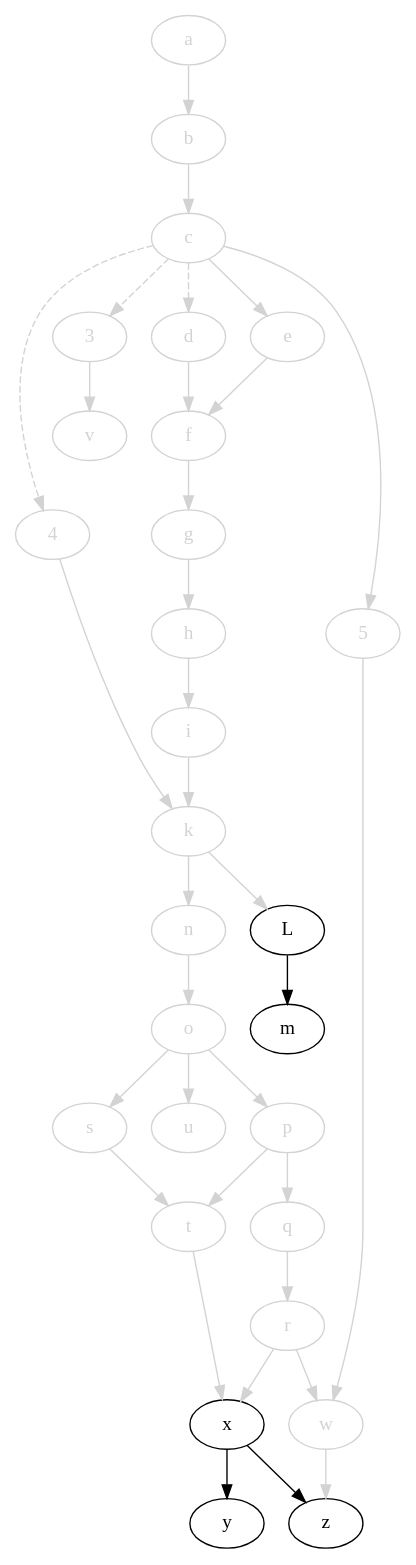
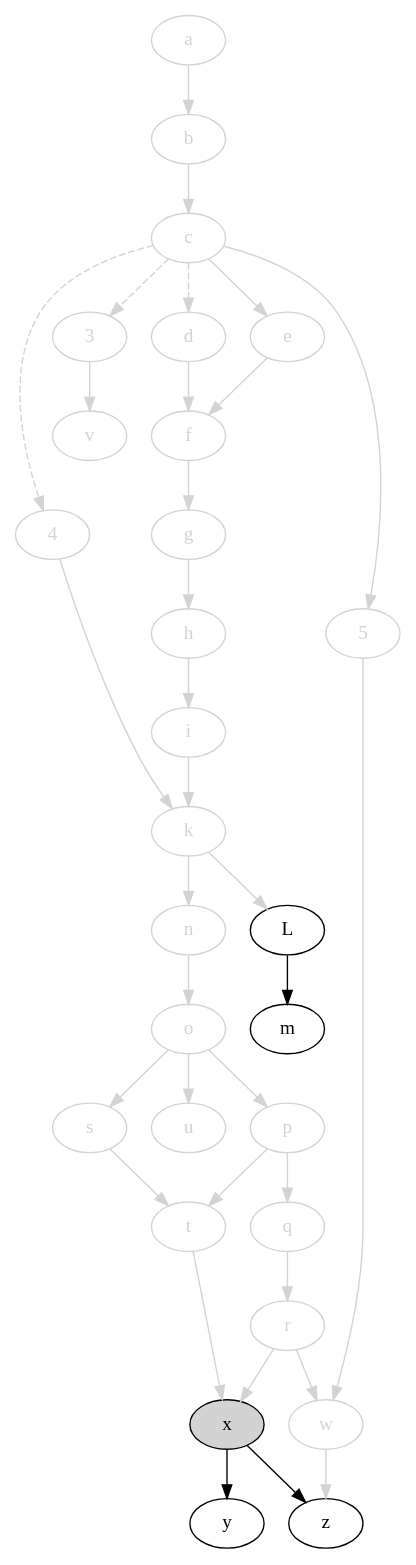
One commit to jdmpapin/svm-startup-deps changed the diagram in svm-startup-deps.dot. Above: the diagram before and after it, drawn with Graphviz. The commit also changed 1 other file, not shown here.

```diff
--- a/svm-startup-deps.dot
+++ b/svm-startup-deps.dot
@@ -1,67 +1,67 @@
 digraph {
     // open: [style=filled,fillcolor=lightgrey]
     // closed: [color=lightgrey,fontcolor=lightgrey]
 
     4 [color=lightgrey,fontcolor=lightgrey];
     3 [color=lightgrey,fontcolor=lightgrey];
     a [color=lightgrey,fontcolor=lightgrey];
     b [color=lightgrey,fontcolor=lightgrey];
     c [color=lightgrey,fontcolor=lightgrey];
     d [color=lightgrey,fontcolor=lightgrey];
     e [color=lightgrey,fontcolor=lightgrey];
     f [color=lightgrey,fontcolor=lightgrey];
     g [color=lightgrey,fontcolor=lightgrey];
     h [color=lightgrey,fontcolor=lightgrey];
     i [color=lightgrey,fontcolor=lightgrey];
     k [color=lightgrey,fontcolor=lightgrey];
     L;
     m;
     5 [color=lightgrey,fontcolor=lightgrey];
     n [color=lightgrey,fontcolor=lightgrey];
     o [color=lightgrey,fontcolor=lightgrey];
     p [color=lightgrey,fontcolor=lightgrey];
     q [color=lightgrey,fontcolor=lightgrey];
     r [color=lightgrey,fontcolor=lightgrey];
     s [color=lightgrey,fontcolor=lightgrey];
     t [color=lightgrey,fontcolor=lightgrey];
     u [color=lightgrey,fontcolor=lightgrey];
     v [color=lightgrey,fontcolor=lightgrey];
     w [color=lightgrey,fontcolor=lightgrey];
-    x;
+    x [style=filled,fillcolor=lightgrey];
     y;
     z;
 
     4 -> k [color=lightgrey];
     c -> 4 [style=dashed,color=lightgrey];
     c -> 3 [style=dashed,color=lightgrey];
     c -> d [style=dashed,color=lightgrey];
     3 -> v [color=lightgrey];
     a -> b [color=lightgrey];
     b -> c [color=lightgrey];
     c -> e [color=lightgrey];
     c -> 5 [color=lightgrey];
     d -> f [color=lightgrey];
     e -> f [color=lightgrey];
     f -> g [color=lightgrey];
     g -> h [color=lightgrey];
     h -> i [color=lightgrey];
     i -> k [color=lightgrey];
     k -> L [color=lightgrey];
     L -> m;
     k -> n [color=lightgrey];
     n -> o [color=lightgrey];
     o -> p [color=lightgrey];
     p -> q [color=lightgrey];
     q -> r [color=lightgrey];
     o -> s [color=lightgrey];
     s -> t [color=lightgrey];
     p -> t [color=lightgrey];
     o -> u [color=lightgrey];
     5 -> w [color=lightgrey];
     r -> w [color=lightgrey];
     t -> x [color=lightgrey];
     r -> x [color=lightgrey];
     x -> y;
     x -> z;
     w -> z [color=lightgrey];
 }
```
